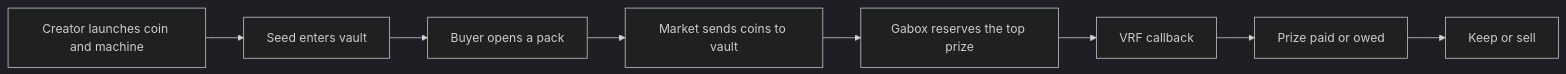
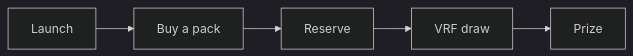
One commit to gabox-labs/docs changed the diagram in how-it-works.mdx. Above: the diagram before and after it, drawn with Mermaid (dark theme). The commit also changed other lines of this file and 20 other files, not shown here.

First line of the commit message:
Fix dollar rendering, simplify diagrams, and trim security detail

````diff
--- a/how-it-works.mdx
+++ b/how-it-works.mdx
@@ -9,10 +9,7 @@
 ```mermaid
 flowchart LR
- A[Creator launches coin and machine] --> B[Seed enters vault]
- B --> C[Buyer opens a pack]
- C --> D[Market sends coins to vault]
- D --> E[Gabox reserves the top prize]
- E --> F[VRF callback]
- F --> G[Prize paid or owed]
- G --> H[Keep or sell]
+ A[Launch] --> B[Buy a pack]
+ B --> C[Reserve]
+ C --> D[VRF draw]
+ D --> E[Prize]
 ```
````
